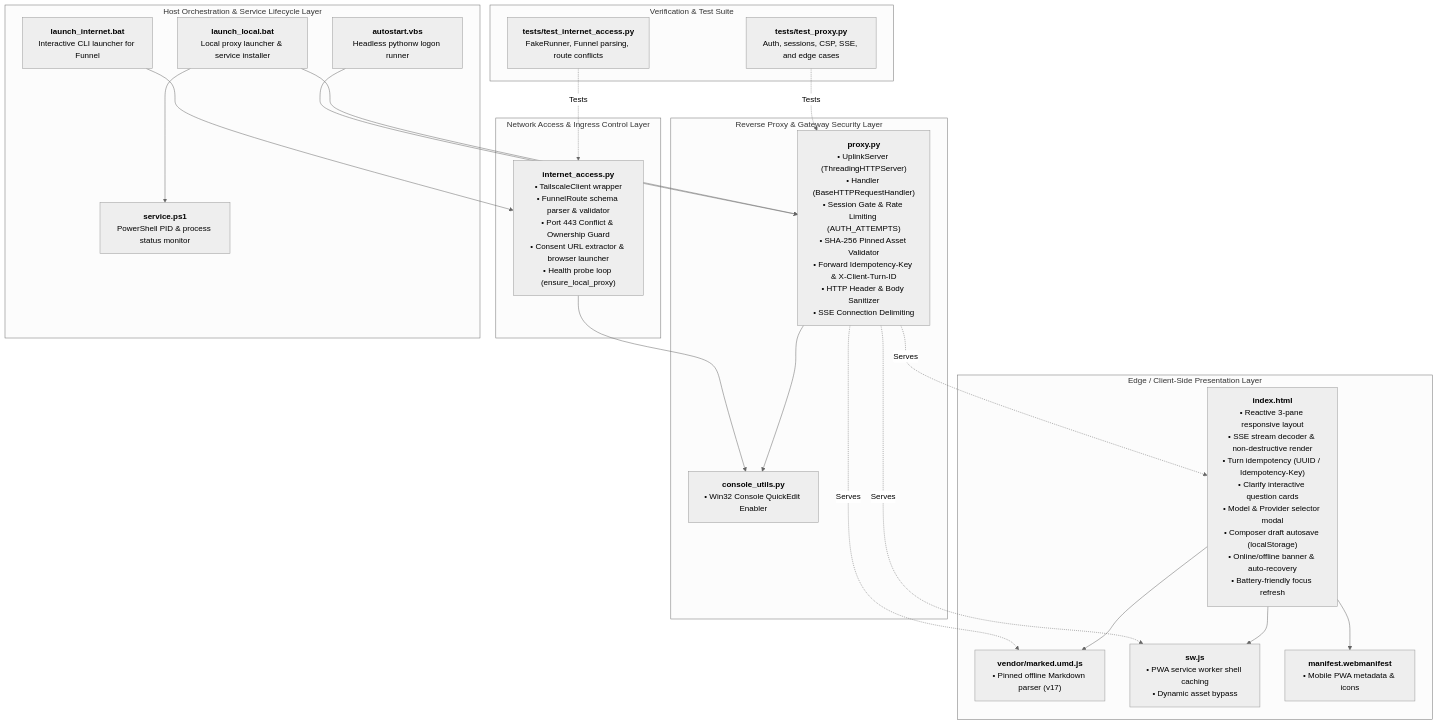
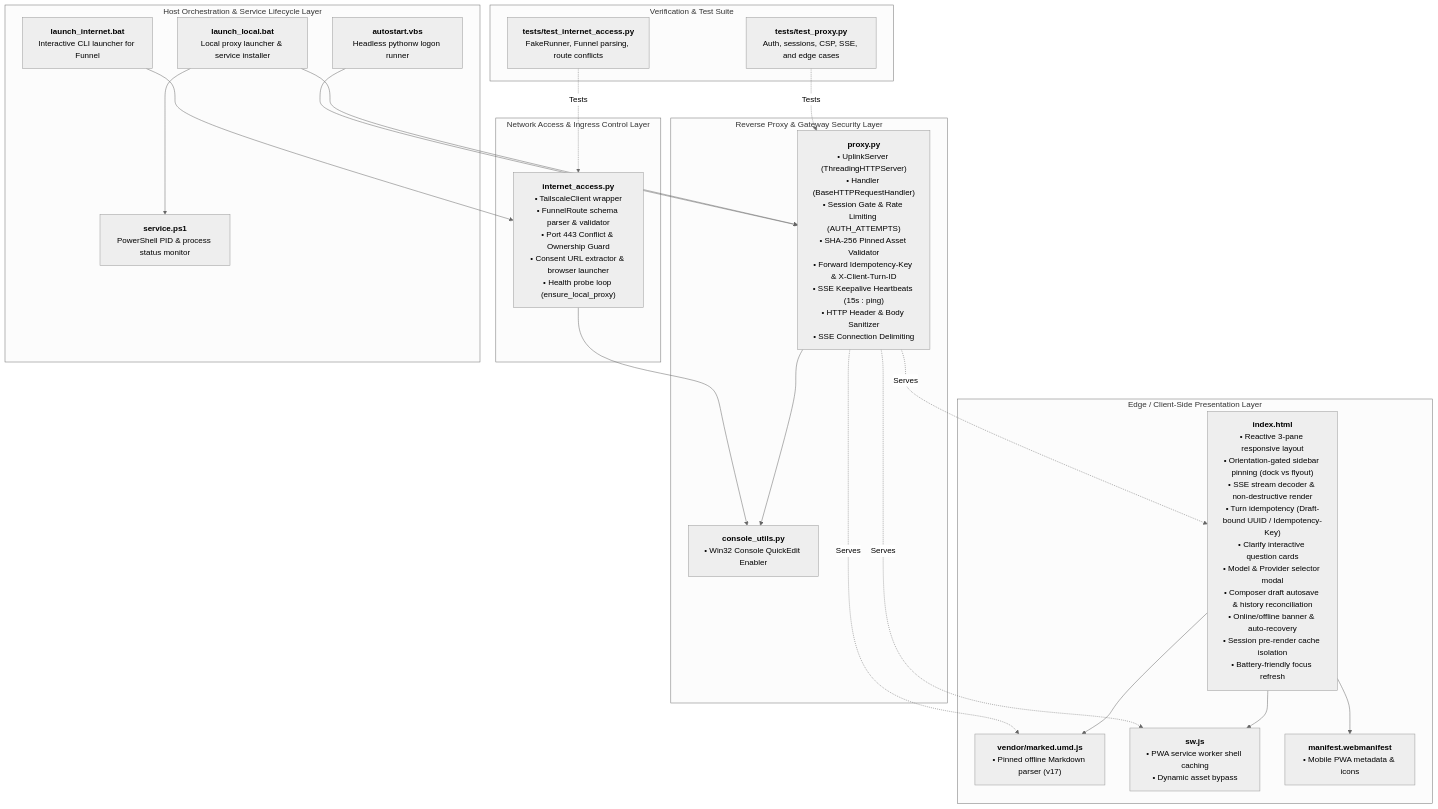
The second of 7 diagrams in ARCHITECTURE.md (mr-september/hermes-uplink), drawn with Mermaid (neutral theme) before and after one commit. The commit also changed other lines of this file and 5 other files, not shown here.

First line of the commit message:
feat(uplink): orientation-gated sidebar pinning, SSE keepalive pings & stream hardening

````diff
--- a/ARCHITECTURE.md
+++ b/ARCHITECTURE.md
@@ -103,49 +103,49 @@
 ```mermaid
 graph TD
     subgraph FRONTEND["Edge / Client-Side Presentation Layer"]
-        INDEX_HTML["<b>index.html</b><br/>• Reactive 3-pane responsive layout<br/>• SSE stream decoder & non-destructive render<br/>• Turn idempotency (UUID / Idempotency-Key)<br/>• Clarify interactive question cards<br/>• Model & Provider selector modal<br/>• Composer draft autosave (localStorage)<br/>• Online/offline banner & auto-recovery<br/>• Battery-friendly focus refresh"]
+        INDEX_HTML["<b>index.html</b><br/>• Reactive 3-pane responsive layout<br/>• Orientation-gated sidebar pinning (dock vs flyout)<br/>• SSE stream decoder & non-destructive render<br/>• Turn idempotency (Draft-bound UUID / Idempotency-Key)<br/>• Clarify interactive question cards<br/>• Model & Provider selector modal<br/>• Composer draft autosave & history reconciliation<br/>• Online/offline banner & auto-recovery<br/>• Session pre-render cache isolation<br/>• Battery-friendly focus refresh"]
         VENDOR_MARKED["<b>vendor/marked.umd.js</b><br/>• Pinned offline Markdown parser (v17)"]
         SW_JS["<b>sw.js</b><br/>• PWA service worker shell caching<br/>• Dynamic asset bypass"]
         MANIFEST["<b>manifest.webmanifest</b><br/>• Mobile PWA metadata & icons"]
     end
 
     subgraph PROXY_LAYER["Reverse Proxy & Gateway Security Layer"]
-        PROXY_PY["<b>proxy.py</b><br/>• UplinkServer (ThreadingHTTPServer)<br/>• Handler (BaseHTTPRequestHandler)<br/>• Session Gate & Rate Limiting (AUTH_ATTEMPTS)<br/>• SHA-256 Pinned Asset Validator<br/>• Forward Idempotency-Key & X-Client-Turn-ID<br/>• HTTP Header & Body Sanitizer<br/>• SSE Connection Delimiting"]
+        PROXY_PY["<b>proxy.py</b><br/>• UplinkServer (ThreadingHTTPServer)<br/>• Handler (BaseHTTPRequestHandler)<br/>• Session Gate & Rate Limiting (AUTH_ATTEMPTS)<br/>• SHA-256 Pinned Asset Validator<br/>• Forward Idempotency-Key & X-Client-Turn-ID<br/>• SSE Keepalive Heartbeats (15s : ping)<br/>• HTTP Header & Body Sanitizer<br/>• SSE Connection Delimiting"]
         CONSOLE_UTILS["<b>console_utils.py</b><br/>• Win32 Console QuickEdit Enabler"]
     end
 
     subgraph TUNNEL_LAYER["Network Access & Ingress Control Layer"]
         NET_ACCESS["<b>internet_access.py</b><br/>• TailscaleClient wrapper<br/>• FunnelRoute schema parser & validator<br/>• Port 443 Conflict & Ownership Guard<br/>• Consent URL extractor & browser launcher<br/>• Health probe loop (ensure_local_proxy)"]
     end
 
     subgraph CONTROL_LAYER["Host Orchestration & Service Lifecycle Layer"]
         LAUNCH_INT_BAT["<b>launch_internet.bat</b><br/>Interactive CLI launcher for Funnel"]
         LAUNCH_LOC_BAT["<b>launch_local.bat</b><br/>Local proxy launcher & service installer"]
         AUTOSTART_VBS["<b>autostart.vbs</b><br/>Headless pythonw logon runner"]
         SERVICE_PS1["<b>service.ps1</b><br/>PowerShell PID & process status monitor"]
     end
 
     subgraph TEST_SUITE["Verification & Test Suite"]
         TEST_PROXY["<b>tests/test_proxy.py</b><br/>Auth, sessions, CSP, SSE, and edge cases"]
         TEST_NET["<b>tests/test_internet_access.py</b><br/>FakeRunner, Funnel parsing, route conflicts"]
     end
 
     %% Dependencies
     INDEX_HTML --> VENDOR_MARKED
     INDEX_HTML --> SW_JS
     INDEX_HTML --> MANIFEST
     
     PROXY_PY --> CONSOLE_UTILS
     PROXY_PY -.->|"Serves"| INDEX_HTML
     PROXY_PY -.->|"Serves"| VENDOR_MARKED
     PROXY_PY -.->|"Serves"| SW_JS
 
     NET_ACCESS --> CONSOLE_UTILS
     LAUNCH_INT_BAT --> NET_ACCESS
     LAUNCH_LOC_BAT --> PROXY_PY
     LAUNCH_LOC_BAT --> SERVICE_PS1
     AUTOSTART_VBS --> PROXY_PY
 
     TEST_PROXY -.->|"Tests"| PROXY_PY
     TEST_NET -.->|"Tests"| NET_ACCESS
 ```
````
